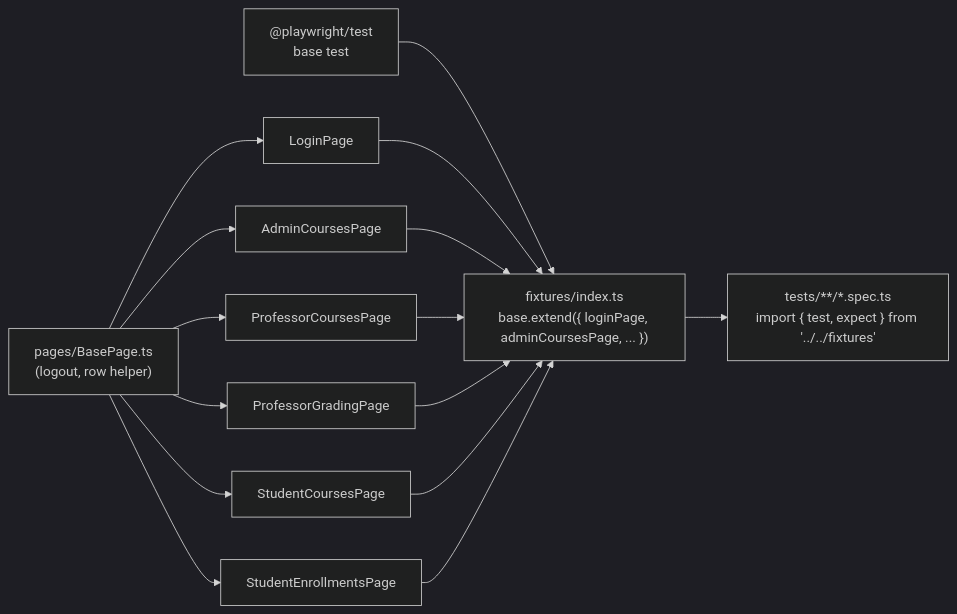
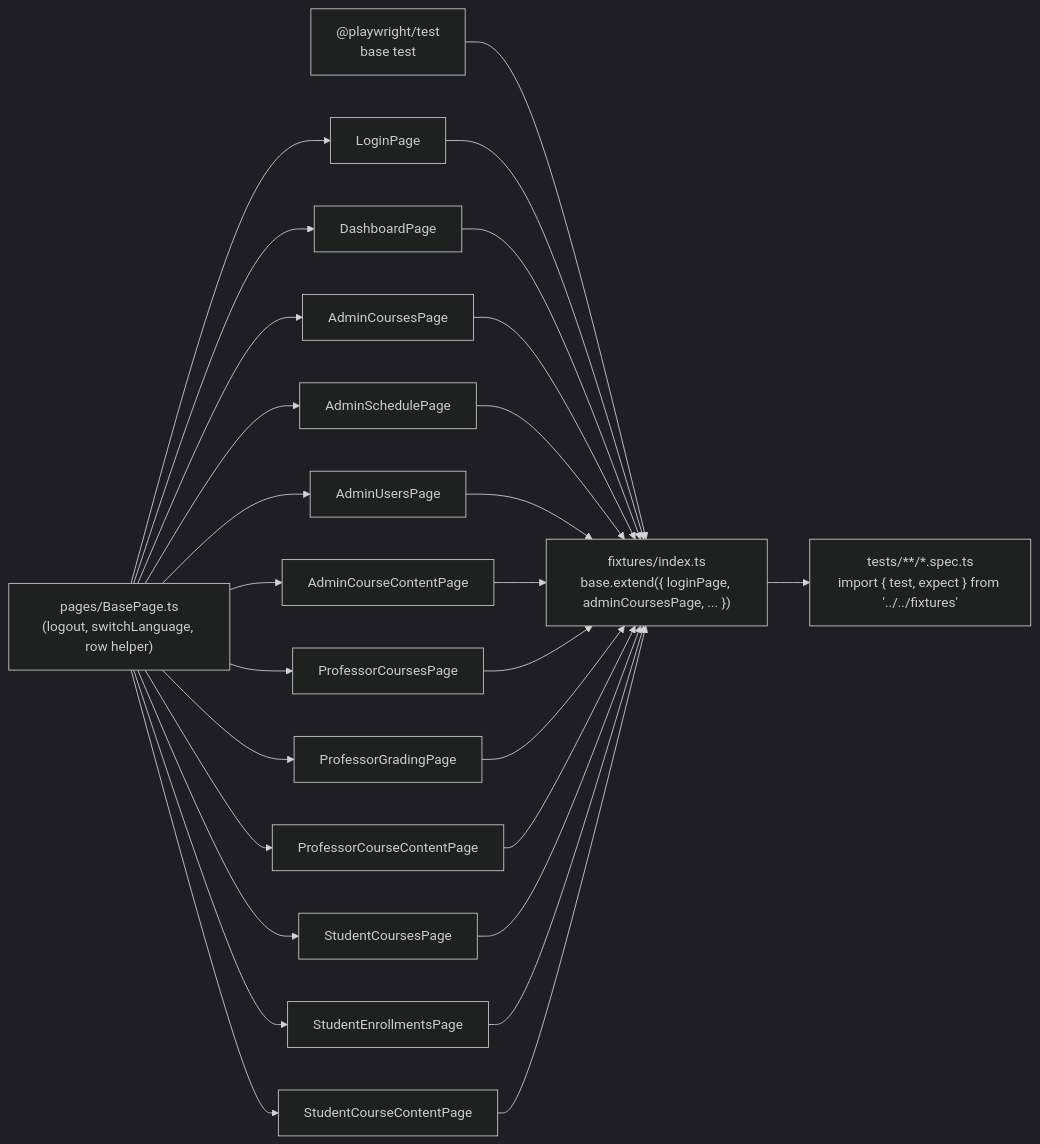
One commit to MatejStrlek/Mater_thesis_final_project changed the diagram in README.md. Above: the diagram before and after it, drawn with Mermaid (dark theme). The commit also changed other lines of this file, not shown here.

Commit message:
Update README for the new admin/content/localization test coverage

````diff
--- a/README.md
+++ b/README.md
@@ -87,17 +94,29 @@
 ```mermaid
 flowchart LR
   PT["@playwright/test<br/>base test"] --> FX["fixtures/index.ts<br/>base.extend({ loginPage, adminCoursesPage, ... })"]
-  BP["pages/BasePage.ts<br/>(logout, row helper)"] --> LP[LoginPage]
+  BP["pages/BasePage.ts<br/>(logout, switchLanguage, row helper)"] --> LP[LoginPage]
+  BP --> DP[DashboardPage]
   BP --> ACP[AdminCoursesPage]
+  BP --> ASP[AdminSchedulePage]
+  BP --> AUP[AdminUsersPage]
+  BP --> ACCP[AdminCourseContentPage]
   BP --> PCP[ProfessorCoursesPage]
   BP --> PGP[ProfessorGradingPage]
+  BP --> PCCP[ProfessorCourseContentPage]
   BP --> SCP[StudentCoursesPage]
   BP --> SEP[StudentEnrollmentsPage]
+  BP --> SCCP[StudentCourseContentPage]
   LP --> FX
+  DP --> FX
   ACP --> FX
+  ASP --> FX
+  AUP --> FX
+  ACCP --> FX
   PCP --> FX
   PGP --> FX
+  PCCP --> FX
   SCP --> FX
   SEP --> FX
+  SCCP --> FX
   FX --> SPEC["tests/**/*.spec.ts<br/>import { test, expect } from '../../fixtures'"]
 ```
````
